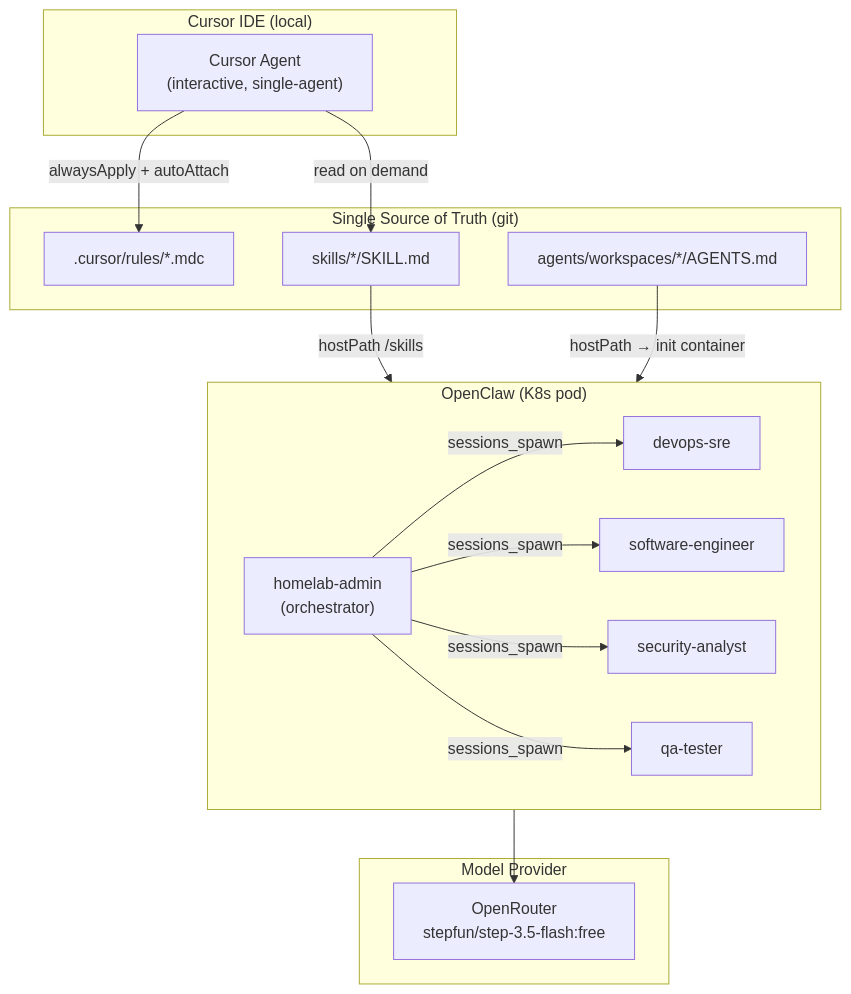
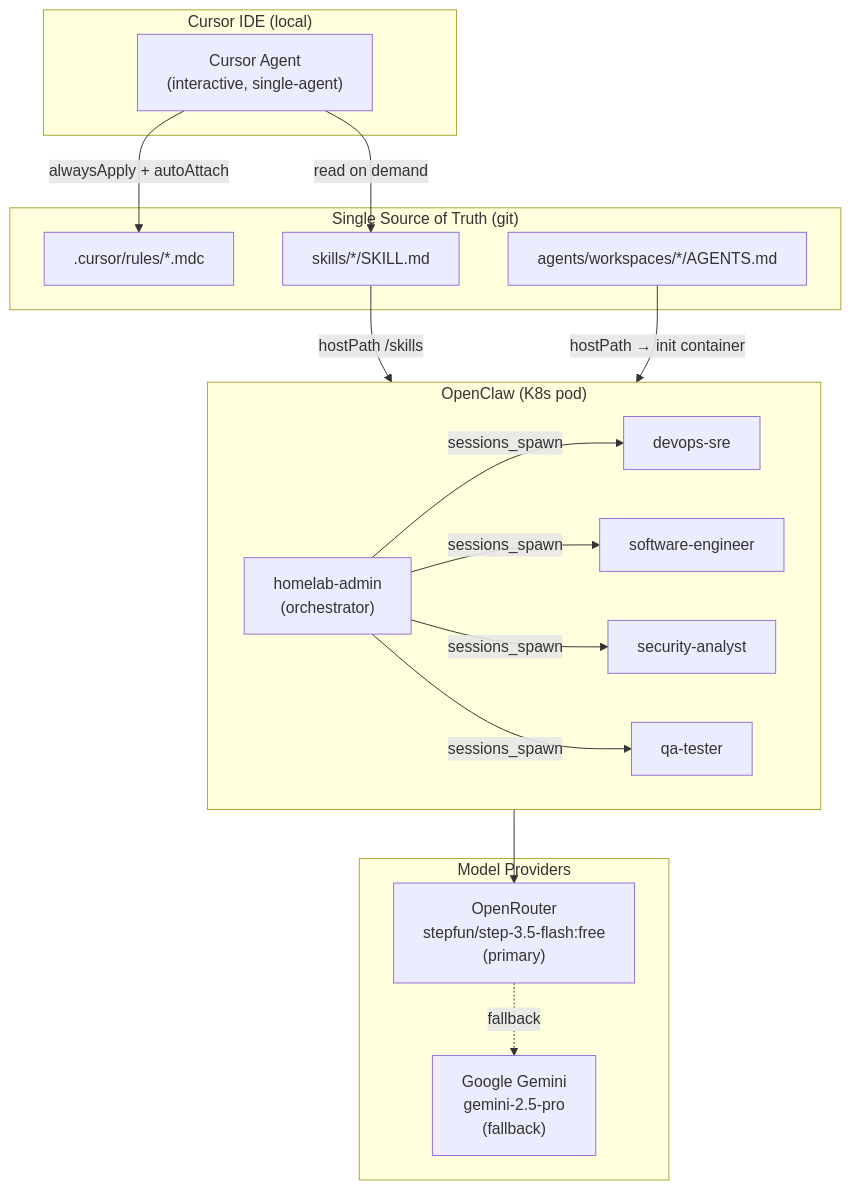
One commit to haingth77/homelab changed the first of 2 diagrams in docs/ai-agents.md. Above: the diagram before and after it, drawn with Mermaid. The commit also changed other lines of this file and 11 other files, not shown here.

First line of the commit message:
feat: add Gemini 2.5 Pro as fallback model for all agents

````diff
--- a/docs/ai-agents.md
+++ b/docs/ai-agents.md
@@ -11,35 +11,37 @@
 ```mermaid
 flowchart TD
     subgraph source ["Single Source of Truth (git)"]
         CursorRules[".cursor/rules/*.mdc"]
         Skills["skills/*/SKILL.md"]
         AgentsMD["agents/workspaces/*/AGENTS.md"]
     end
 
     subgraph cursor ["Cursor IDE (local)"]
         CursorAgent["Cursor Agent\n(interactive, single-agent)"]
         CursorAgent -->|"alwaysApply + autoAttach"| CursorRules
         CursorAgent -->|"read on demand"| Skills
     end
 
     subgraph openclaw ["OpenClaw (K8s pod)"]
         HA["homelab-admin\n(orchestrator)"]
         DS["devops-sre"]
         SE["software-engineer"]
         SA["security-analyst"]
         QA["qa-tester"]
         HA -->|"sessions_spawn"| DS
         HA -->|"sessions_spawn"| SE
         HA -->|"sessions_spawn"| SA
         HA -->|"sessions_spawn"| QA
     end
 
-    subgraph models ["Model Provider"]
-        OpenRouterM["OpenRouter\nstepfun/step-3.5-flash:free"]
+    subgraph models ["Model Providers"]
+        OpenRouterM["OpenRouter\nstepfun/step-3.5-flash:free\n(primary)"]
+        GeminiM["Google Gemini\ngemini-2.5-pro\n(fallback)"]
     end
 
     openclaw --> OpenRouterM
+    OpenRouterM -.->|"fallback"| GeminiM
 
     Skills -->|"hostPath /skills"| openclaw
     AgentsMD -->|"hostPath → init container"| openclaw
 ```
````
